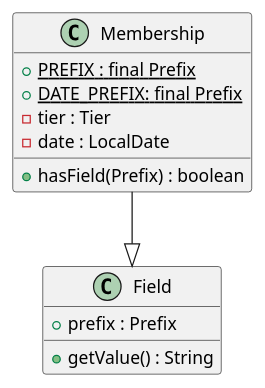
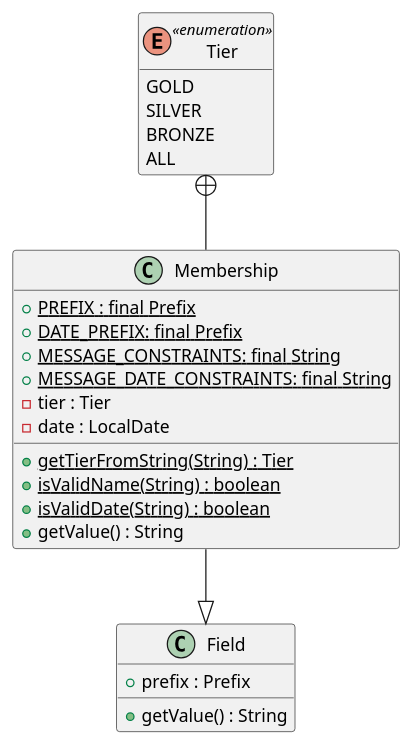
Before and after one commit to nus-cs2103-AY2122S2/tp: the diagram in docs/diagrams/MembershipClassDiagram.puml, drawn with PlantUML. The commit also changed 2 other files, not shown here.

Commit message:
Add Membership class diagram.

```diff
--- a/docs/diagrams/MembershipClassDiagram.puml
+++ b/docs/diagrams/MembershipClassDiagram.puml
@@ -1,20 +1,34 @@
 @startuml
+hide empty members
 
 class Membership {
     + {static}PREFIX : final Prefix
     + {static}DATE_PREFIX: final Prefix
+    + {static}MESSAGE_CONSTRAINTS: final String
+    + {static}MESSAGE_DATE_CONSTRAINTS: final String
     - tier : Tier
     - date : LocalDate
 
-    + hasField(Prefix) : boolean
+    + {static}getTierFromString(String) : Tier
+    + {static}isValidName(String) : boolean
+    + {static}isValidDate(String) : boolean
+    + getValue() : String
 }
 
 class Field {
     + prefix : Prefix
 
     + getValue() : String
 }
 
+enum Tier <<enumeration>> {
+    GOLD
+    SILVER
+    BRONZE
+    ALL
+}
+
 Membership --|> Field
+Tier +-- Membership
 
 @enduml
```
